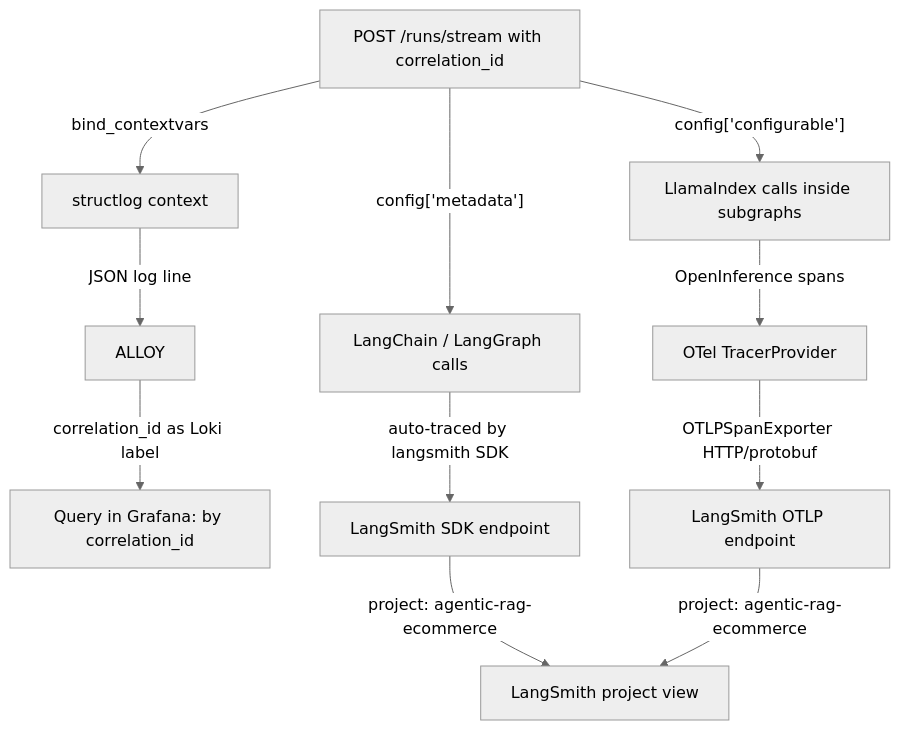
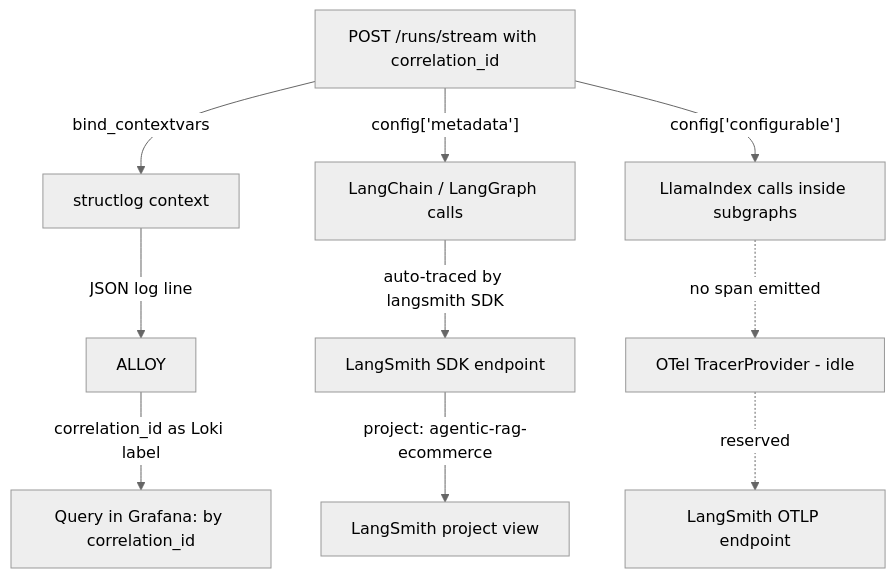
Before and after one commit to nguyentrungtin1709/agentic-rag-ecommerce: the second of 4 diagrams in docs/analysis/06-OBSERVABILITY-DESIGN.md, drawn with Mermaid (neutral theme). The commit also changed other lines of this file and 9 other files, not shown here.

First line of the commit message:
feat(observability): wire LangSmith SDK tracing + OTel idle infra (Phase 15)

````diff
--- a/docs/analysis/06-OBSERVABILITY-DESIGN.md
+++ b/docs/analysis/06-OBSERVABILITY-DESIGN.md
@@ -169,17 +169,16 @@
 ```mermaid
 flowchart TD
   REQ[POST /runs/stream with correlation_id]
 
   REQ -->|bind_contextvars| STRUCTLOG[structlog context]
   REQ -->|"config['metadata']"| LC[LangChain / LangGraph calls]
   REQ -->|"config['configurable']"| LI[LlamaIndex calls inside subgraphs]
 
   STRUCTLOG -->|JSON log line| ALLOY
   ALLOY -->|correlation_id as Loki label| LOKI[Query in Grafana: by correlation_id]
 
   LC -->|auto-traced by langsmith SDK| LS_SDK[LangSmith SDK endpoint]
-  LI -->|OpenInference spans| TRACER[OTel TracerProvider]
-  TRACER -->|OTLPSpanExporter HTTP/protobuf| LS_OTLP[LangSmith OTLP endpoint]
+  LI -.->|no span emitted| TRACER[OTel TracerProvider - idle]
+  TRACER -.->|reserved| LS_OTLP[LangSmith OTLP endpoint]
   LS_SDK -->|project: agentic-rag-ecommerce| LS[LangSmith project view]
-  LS_OTLP -->|project: agentic-rag-ecommerce| LS
 ```
````
